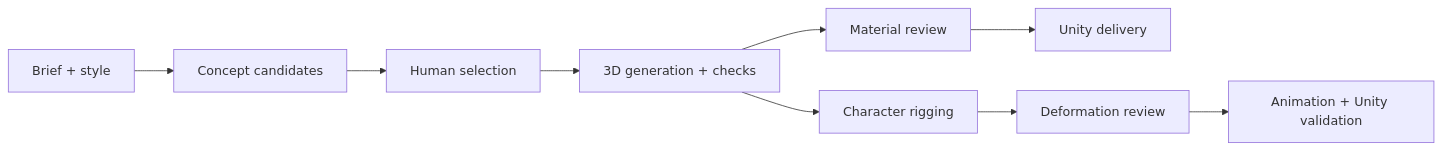
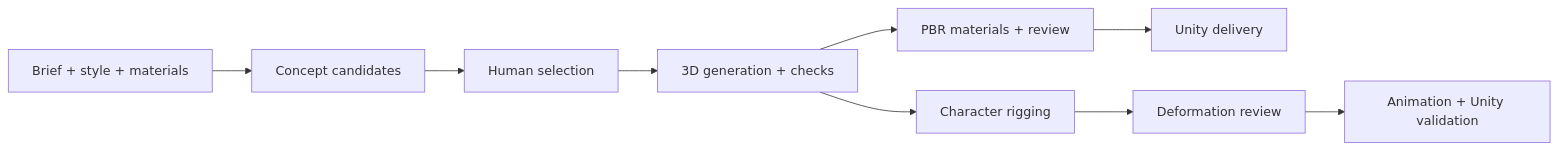
Before and after one commit to gysahlgreene/SlopForge: the diagram in README.md, drawn with Mermaid. The commit also changed other lines of this file, not shown here.

````diff
--- a/README.md
+++ b/README.md
@@ -54,11 +72,11 @@
 ```mermaid
 flowchart LR
-    Brief[Brief + style] --> Concept[Concept candidates]
+    Brief[Brief + style + materials] --> Concept[Concept candidates]
     Concept --> Review[Human selection]
     Review --> Mesh[3D generation + checks]
-    Mesh --> Materials[Material review]
+    Mesh --> Materials[PBR materials + review]
     Materials --> Unity[Unity delivery]
     Mesh --> Rig[Character rigging]
     Rig --> Motion[Deformation review]
     Motion --> Playback[Animation + Unity validation]
 ```
````
